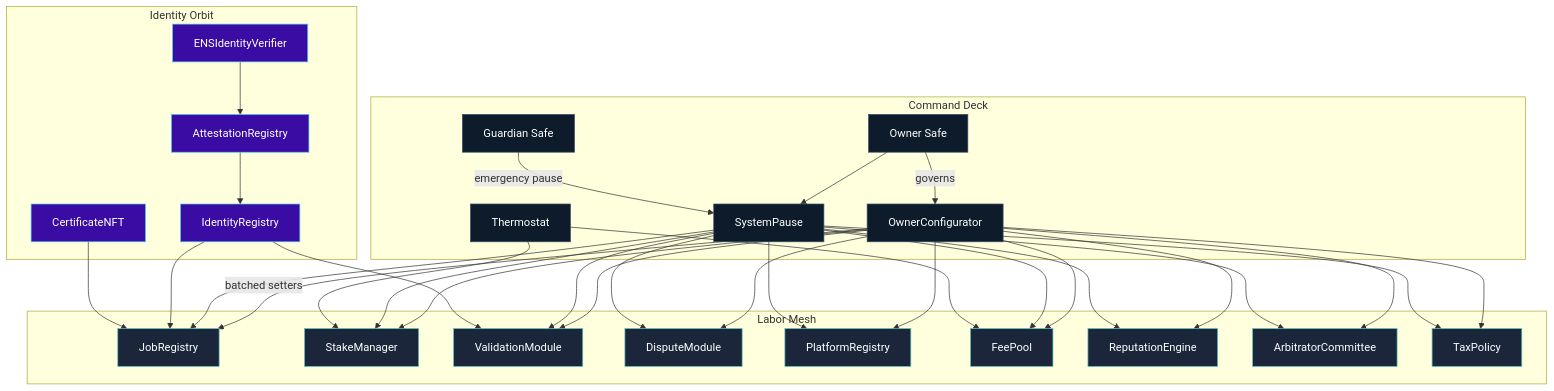
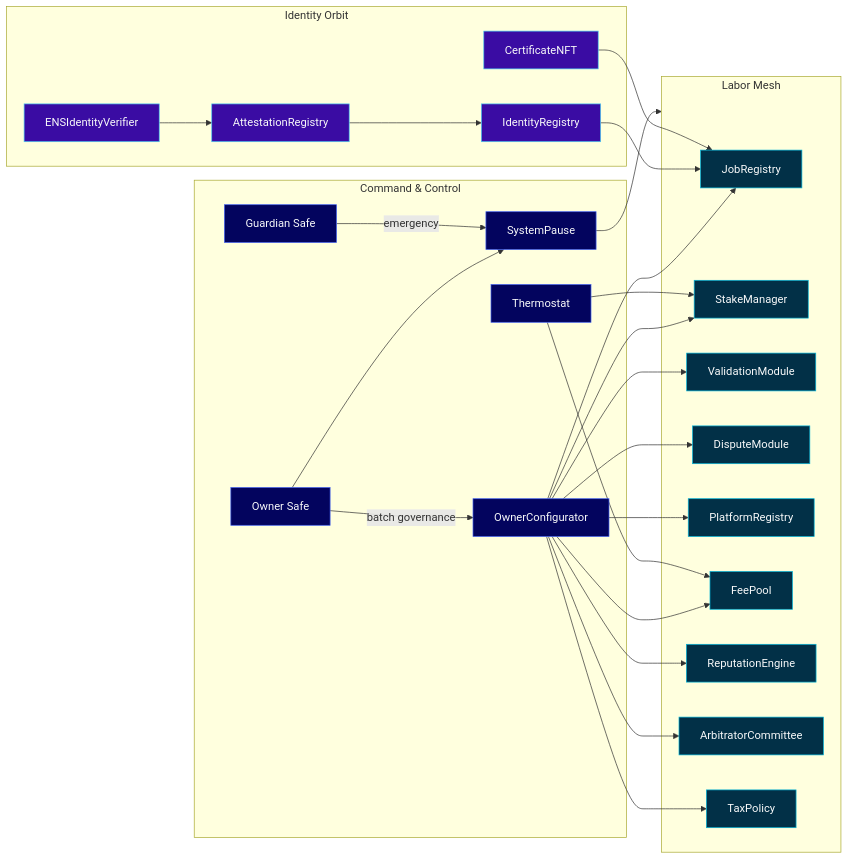
The first of 6 diagrams in README.md (MontrealAI/agijobs-sovereign-labor-v0p1), drawn with Mermaid before and after one commit. The commit also changed other lines of this file, not shown here.

Commit message:
Refresh README and document governance controls

````diff
--- a/README.md
+++ b/README.md
@@ -38,46 +37,48 @@
 ```mermaid
-flowchart TB
-    subgraph "Command Deck"
-        owner["Owner Safe"]
-        guardian["Guardian Safe"]
-        configurator["OwnerConfigurator"]
-        pause["SystemPause"]
-        thermo["Thermostat"]
+flowchart LR
+    subgraph Control["Command & Control"]
+        OwnerSafe["Owner Safe"]
+        GuardianSafe["Guardian Safe"]
+        Configurator["OwnerConfigurator"]
+        PauseHub["SystemPause"]
+        Thermostat["Thermostat"]
     end
-    subgraph "Labor Mesh"
-        job["JobRegistry"]
-        stake["StakeManager"]
-        validate["ValidationModule"]
-        dispute["DisputeModule"]
-        platform["PlatformRegistry"]
-        fee["FeePool"]
-        rep["ReputationEngine"]
-        arb["ArbitratorCommittee"]
-        tax["TaxPolicy"]
+
+    subgraph Labor["Labor Mesh"]
+        JobRegistry
+        StakeManager
+        ValidationModule
+        DisputeModule
+        PlatformRegistry
+        FeePool
+        ReputationEngine
+        ArbitratorCommittee
+        TaxPolicy
     end
-    subgraph "Identity Orbit"
-        id["IdentityRegistry"]
-        att["AttestationRegistry"]
-        cert["CertificateNFT"]
-        ens["ENSIdentityVerifier"]
+
+    subgraph Identity["Identity Orbit"]
+        IdentityRegistry
+        AttestationRegistry
+        CertificateNFT
+        ENSVerifier["ENSIdentityVerifier"]
     end
-    owner -->|governs| configurator
-    configurator -->|batched setters| job
-    configurator --> stake & validate & dispute & platform & fee & rep & arb & tax
-    owner --> pause
-    guardian -->|emergency pause| pause
-    pause --> job & stake & validate & dispute & platform & fee & rep & arb & tax
-    thermo --> stake
-    thermo --> fee
-    id --> job
-    id --> validate
-    att --> id
-    cert --> job
-    ens --> att
-    classDef deck fill:#0d1b2a,stroke:#3a506b,color:#fff;
-    classDef mesh fill:#1b263b,stroke:#5bc0be,color:#fff;
-    classDef orbit fill:#3a0ca3,stroke:#4cc9f0,color:#fff;
-    class owner,guardian,configurator,pause,thermo deck;
-    class job,stake,validate,dispute,platform,fee,rep,arb,tax mesh;
-    class id,att,cert,ens orbit;
+
+    OwnerSafe -->|batch governance| Configurator
+    Configurator --> JobRegistry & StakeManager & ValidationModule & DisputeModule & PlatformRegistry & FeePool & ReputationEngine & ArbitratorCommittee & TaxPolicy
+    OwnerSafe --> PauseHub
+    GuardianSafe -->|emergency| PauseHub
+    PauseHub --> Labor
+    Thermostat --> StakeManager
+    Thermostat --> FeePool
+    IdentityRegistry --> JobRegistry
+    AttestationRegistry --> IdentityRegistry
+    CertificateNFT --> JobRegistry
+    ENSVerifier --> AttestationRegistry
+
+    classDef control fill:#03045e,stroke:#4361ee,color:#f8f9fa;
+    classDef labor fill:#023047,stroke:#00b4d8,color:#f8f9fa;
+    classDef identity fill:#3a0ca3,stroke:#4cc9f0,color:#f8f9fa;
+    class OwnerSafe,GuardianSafe,Configurator,PauseHub,Thermostat control;
+    class JobRegistry,StakeManager,ValidationModule,DisputeModule,PlatformRegistry,FeePool,ReputationEngine,ArbitratorCommittee,TaxPolicy labor;
+    class IdentityRegistry,AttestationRegistry,CertificateNFT,ENSVerifier identity;
 ```
````
